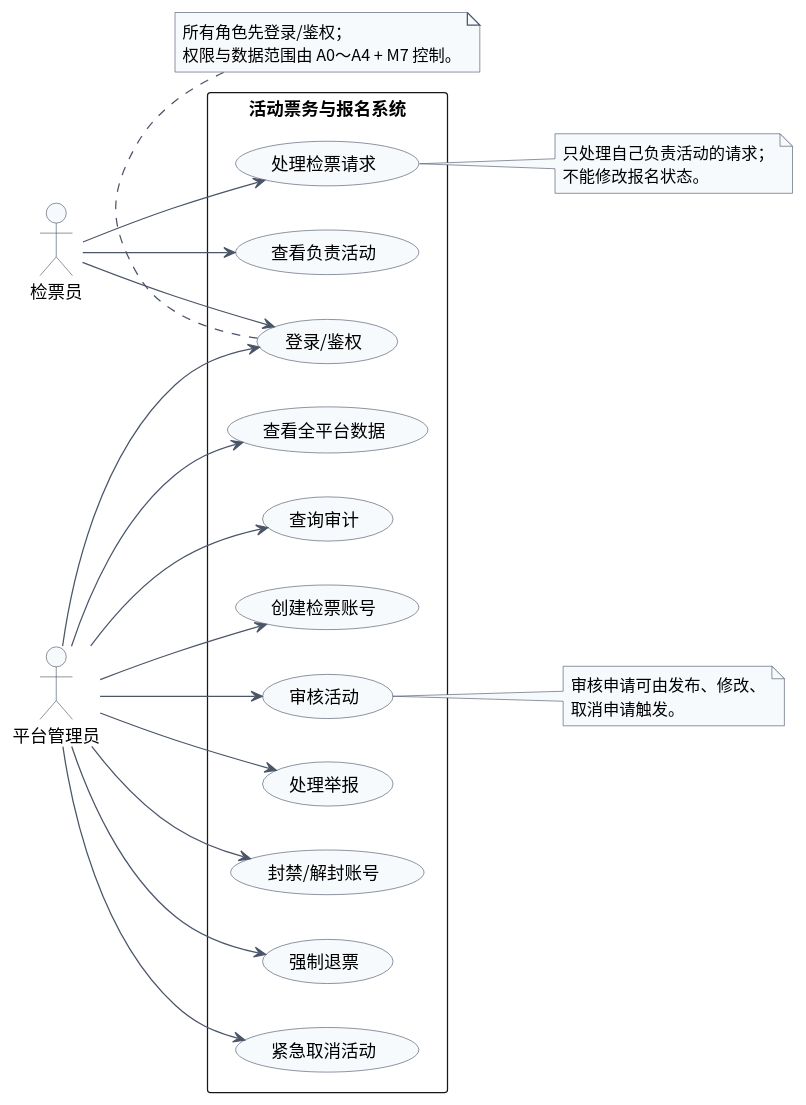
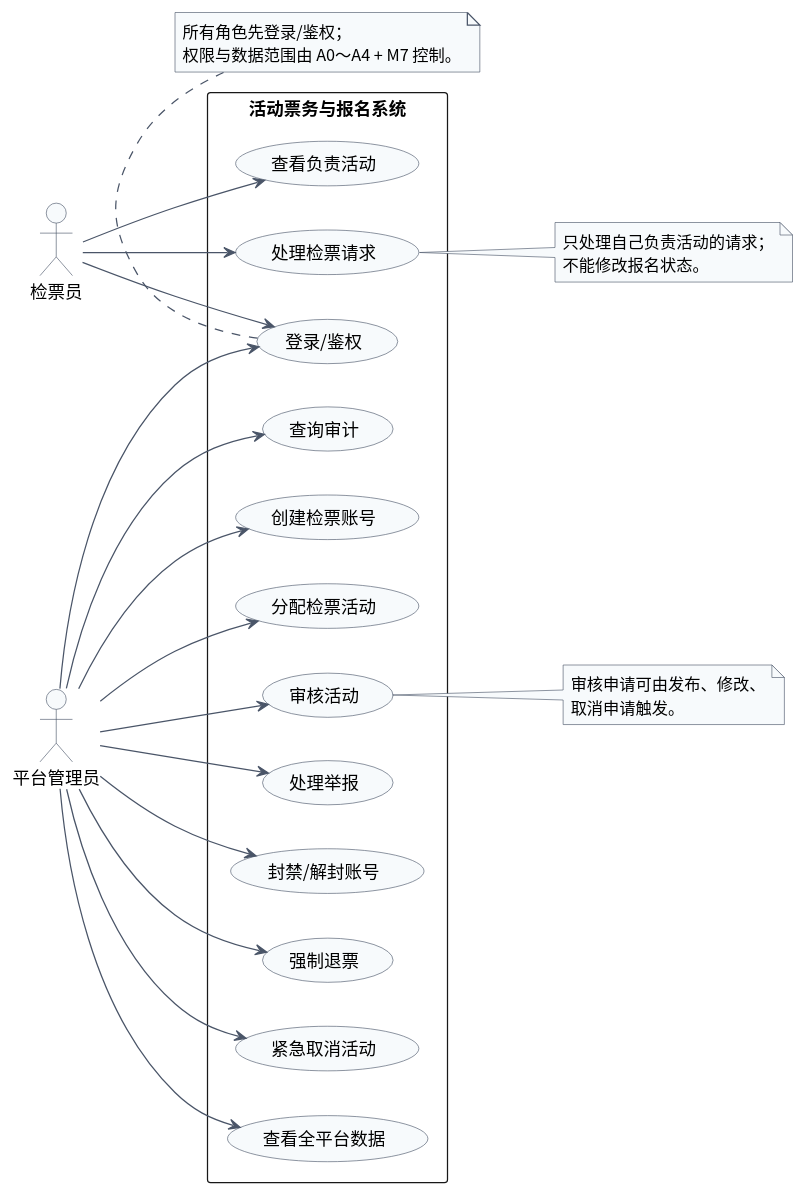
One commit to Lewis-44-China/se-lab1-requirements changed the diagram in lab2/UML/UML用例图_检票与管理员.puml. Above: the diagram before and after it, drawn with PlantUML. The commit also changed 13 other files, not shown here.

First line of the commit message:
lab2: 按人工复审更新 UML 设计与报告

```diff
--- a/lab2/UML/UML用例图_检票与管理员.puml
+++ b/lab2/UML/UML用例图_检票与管理员.puml
@@ -1,56 +1,58 @@
 @startuml UML用例图_检票与管理员
 left to right direction
 skinparam shadowing false
 skinparam defaultFontName "Noto Sans CJK SC"
 skinparam packageStyle rectangle
 skinparam ArrowColor #4A5568
 skinparam noteBackgroundColor #F7FAFC
 skinparam noteBorderColor #4A5568
 skinparam usecase {
   BackgroundColor #F7FAFC
   BorderColor #4A5568
 }
 skinparam actor {
   BackgroundColor #F7FAFC
   BorderColor #4A5568
 }
 actor "检票员" as Inspector
 actor "平台管理员" as Admin
 rectangle "活动票务与报名系统" {
   usecase "登录/鉴权" as Login
   usecase "查看负责活动" as InspectorActivities
   usecase "处理检票请求" as ProcessCheck
   usecase "审核活动" as Review
   usecase "处理举报" as HandleReport
   usecase "封禁/解封账号" as Ban
   usecase "强制退票" as ForceRefund
   usecase "紧急取消活动" as EmergencyCancel
   usecase "查看全平台数据" as PlatformData
   usecase "查询审计" as Audit
   usecase "创建检票账号" as CreateInspector
+  usecase "分配检票活动" as AssignInspector
 }
 Inspector --> Login
 Admin --> Login
 Inspector --> InspectorActivities
 Inspector --> ProcessCheck
 Admin --> Review
 Admin --> HandleReport
 Admin --> Ban
 Admin --> ForceRefund
 Admin --> EmergencyCancel
 Admin --> PlatformData
 Admin --> Audit
 Admin --> CreateInspector
+Admin --> AssignInspector
 note right of Review
   审核申请可由发布、修改、
   取消申请触发。
 end note
 note right of ProcessCheck
   只处理自己负责活动的请求；
   不能修改报名状态。
 end note
 note bottom of Login
   所有角色先登录/鉴权；
   权限与数据范围由 A0～A4 + M7 控制。
 end note
 @enduml
```
